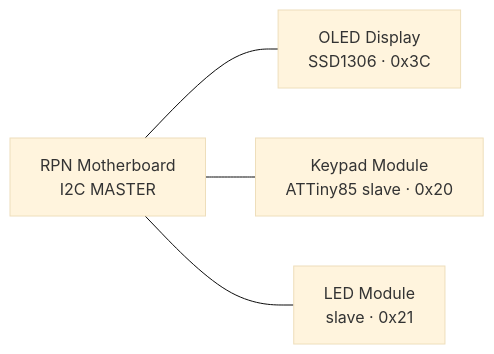
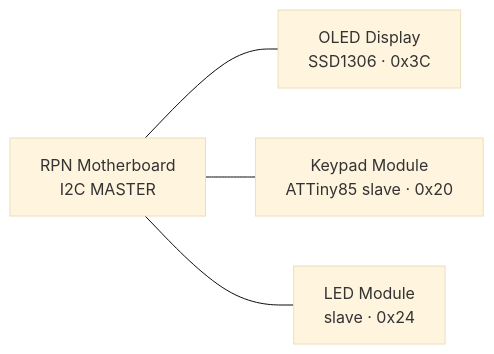
One commit to edlovesjava/attiny-rpn-calc changed the diagram in docs/architecture.md. Above: the diagram before and after it, drawn with Mermaid (base theme). The commit also changed other lines of this file and 8 other files, not shown here.

````diff
--- a/docs/architecture.md
+++ b/docs/architecture.md
@@ -46,7 +46,7 @@
 ```mermaid
 graph LR
     MB[RPN Motherboard<br/>I2C MASTER]
     MB --- OLED[OLED Display<br/>SSD1306 · 0x3C]
     MB --- KP[Keypad Module<br/>ATTiny85 slave · 0x20]
-    MB --- LED[LED Module<br/>slave · 0x21]
+    MB --- LED[LED Module<br/>slave · 0x24]
 ```
````
